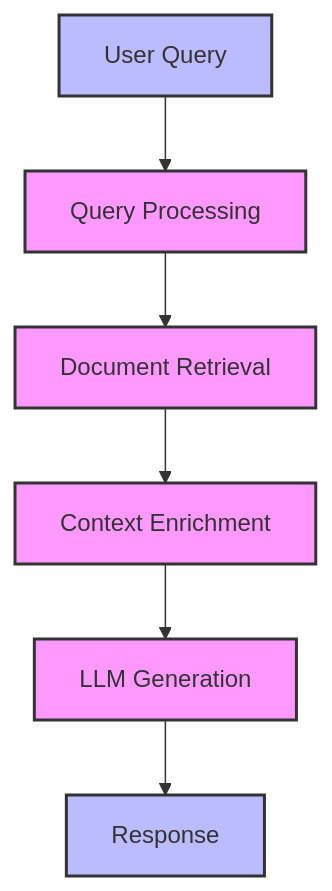
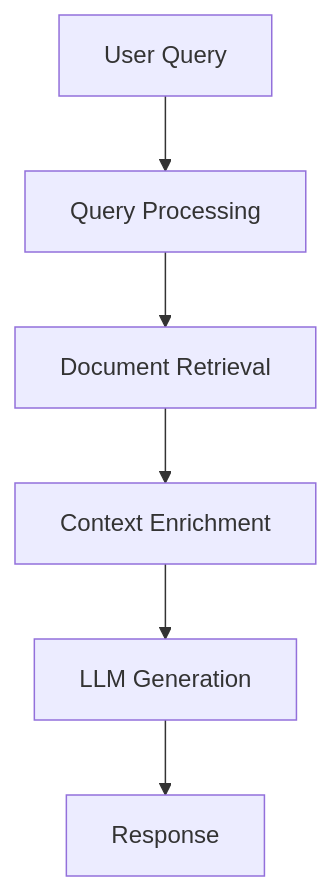
The first of 2 diagrams in docs/workflows/query.md (inherent-design/atlas), drawn with Mermaid before and after one commit. The commit also changed other lines of this file and 11 other files, not shown here.

````diff
--- a/docs/workflows/query.md
+++ b/docs/workflows/query.md
@@ -9,13 +9,8 @@
 ```mermaid
 flowchart TD
     A[User Query] --> B[Query Processing]
     B --> C[Document Retrieval]
     C --> D[Context Enrichment]
     D --> E[LLM Generation]
     E --> F[Response]
-
-    classDef process fill:#f9f,stroke:#333,stroke-width:2px
-    classDef data fill:#bbf,stroke:#333,stroke-width:2px
-    class A,F data
-    class B,C,D,E process
 ```
````
